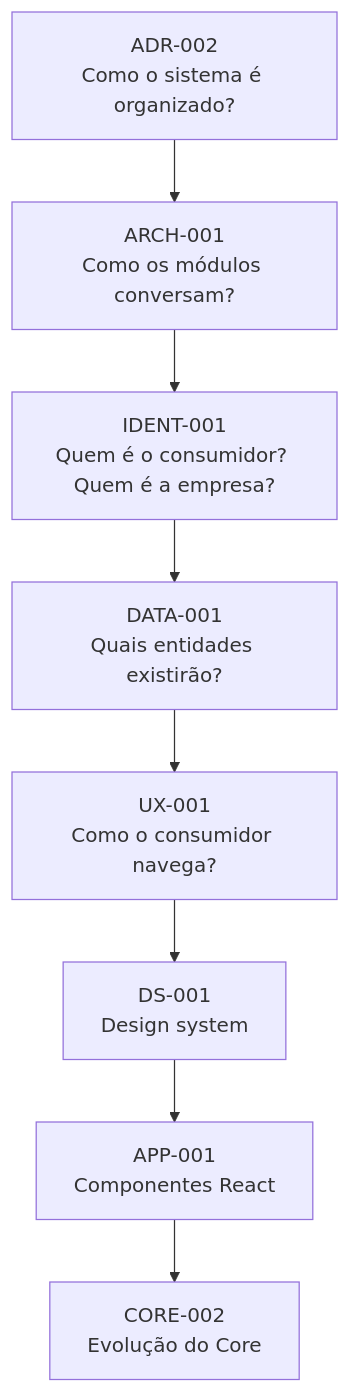
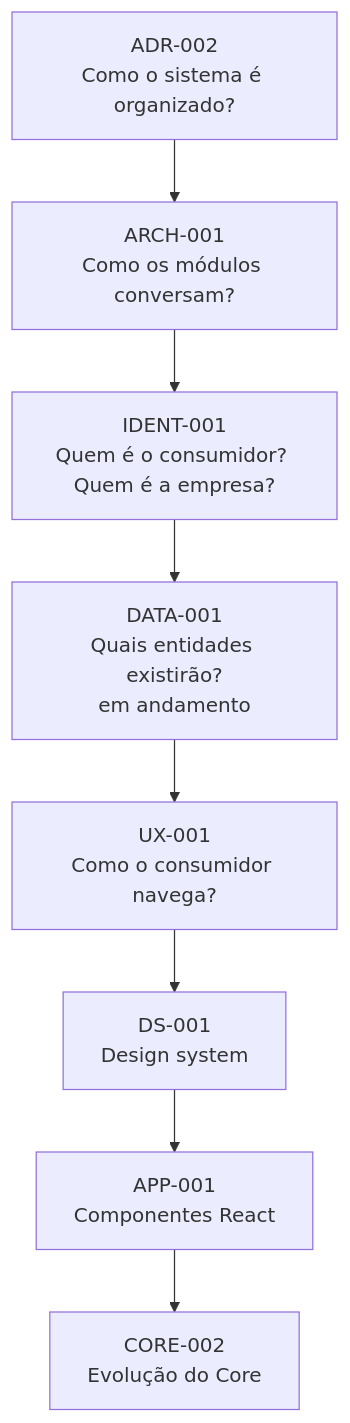
One commit to BrightEcosystem/Bright-Platform changed the diagram in PROJECT-ROADMAP.md. Above: the diagram before and after it, drawn with Mermaid. The commit also changed other lines of this file and 4 other files, not shown here.

````diff
--- a/PROJECT-ROADMAP.md
+++ b/PROJECT-ROADMAP.md
@@ -31,10 +31,10 @@
 ```mermaid
 graph TD
     ADR002[ADR-002<br/>Como o sistema é organizado?] --> ARCH001[ARCH-001<br/>Como os módulos conversam?]
     ARCH001 --> IDENT001[IDENT-001<br/>Quem é o consumidor? Quem é a empresa?]
-    IDENT001 --> DATA001[DATA-001<br/>Quais entidades existirão?]
+    IDENT001 --> DATA001[DATA-001<br/>Quais entidades existirão?<br/>em andamento]
     DATA001 --> UX001[UX-001<br/>Como o consumidor navega?]
     UX001 --> DS001[DS-001<br/>Design system]
     DS001 --> APP001[APP-001<br/>Componentes React]
     APP001 --> CORE002[CORE-002<br/>Evolução do Core]
 ```
````
